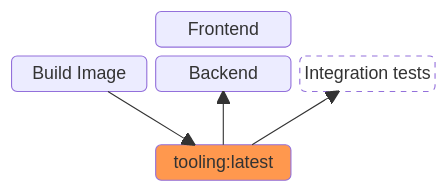
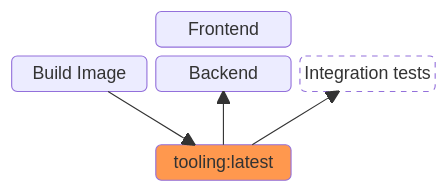
Before and after one commit to Raniz85/talks_pipeline-antipatterns: the first of 3 diagrams in pages/interference.md, drawn with Mermaid. The commit also changed other lines of this file and 3 other files, not shown here.

Commit message:
Tweak the interference graphs and add a database illustration

````diff
--- a/pages/interference.md
+++ b/pages/interference.md
@@ -15,15 +17,17 @@
 ```mermaid { theme: 'forest' }
 block-beta
-    columns 3
-    space 1f("Frontend") space
-    1bi("Build Image") 1b("Backend") 1it("Integration tests")
-    space:3
-    space r("tooling:latest") space
+    columns 4
+    space:2 1f("Frontend") space
+    space 1bi("Build Image") 1b("Backend") 1it("Integration tests")
+    space:4
+    space:2 r("tooling:latest") space
     
     1bi-->r
     r-->1b
     r-->1it
     
     style r fill: #ff984e
     style 1it stroke-dasharray: 5 5, fill: #ffffff
+    classDef heading fill: #0000, stroke: #0000
+    class b1,b2 heading
 ```
````
